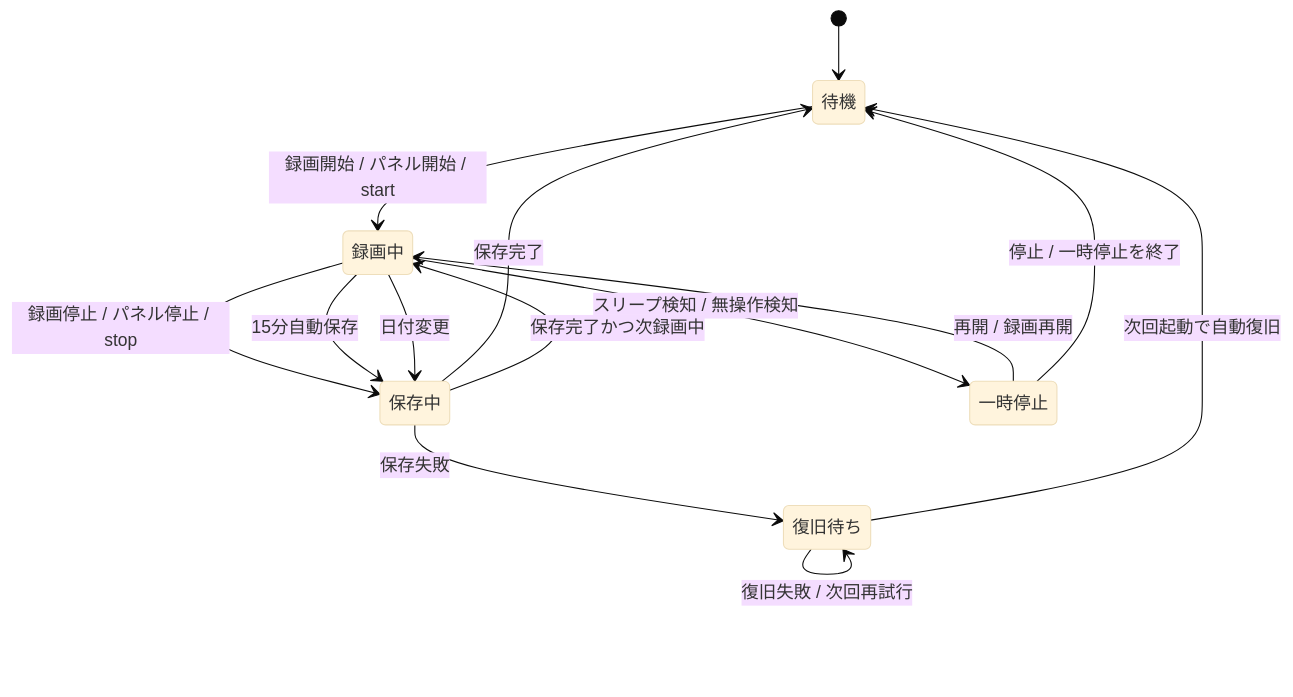
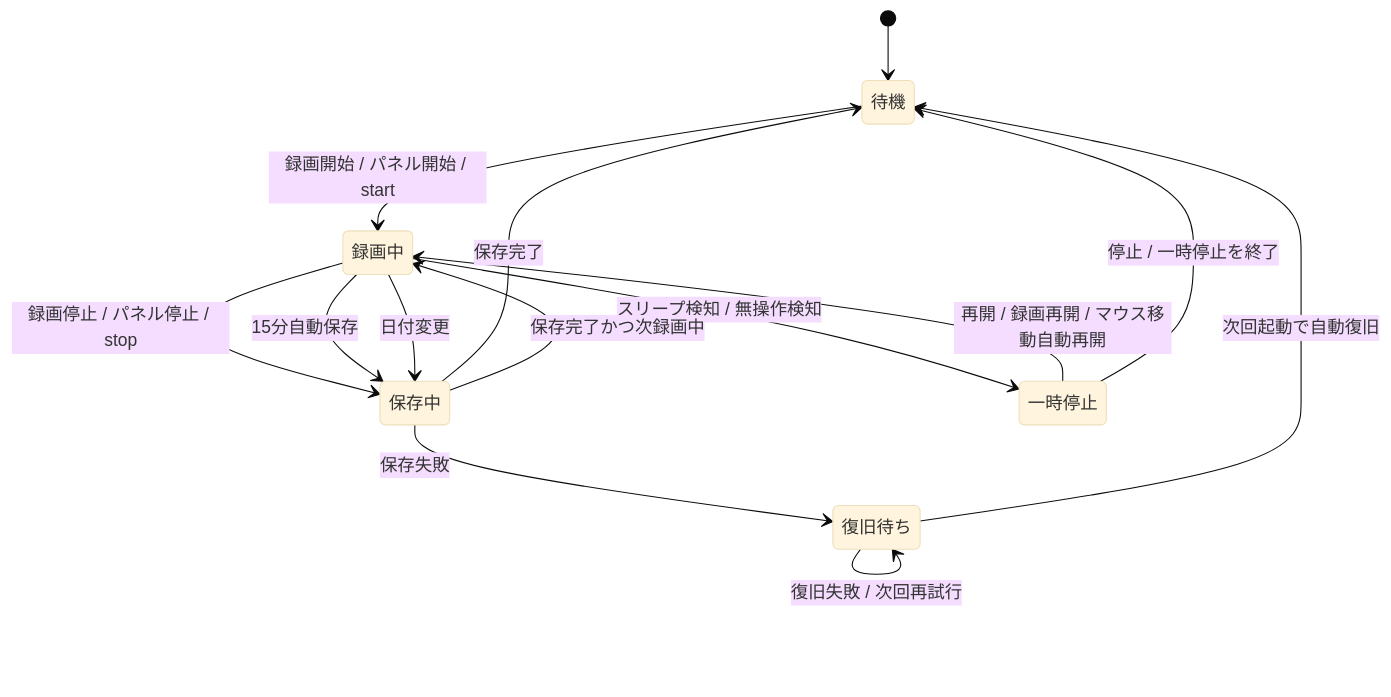
The diagram in README.md (Saisei2004/visdev_rec), drawn with Mermaid (base theme) before and after one commit. The commit also changed other lines of this file and 2 other files, not shown here.

````diff
--- a/README.md
+++ b/README.md
@@ -155,16 +165,16 @@
 ```mermaid
 stateDiagram-v2
     [*] --> 待機
     待機 --> 録画中: 録画開始 / パネル開始 / start
     録画中 --> 保存中: 録画停止 / パネル停止 / stop
     録画中 --> 保存中: 15分自動保存
     録画中 --> 保存中: 日付変更
     録画中 --> 一時停止: スリープ検知 / 無操作検知
-    一時停止 --> 録画中: 再開 / 録画再開
+    一時停止 --> 録画中: 再開 / 録画再開 / マウス移動自動再開
     一時停止 --> 待機: 停止 / 一時停止を終了
     保存中 --> 待機: 保存完了
     保存中 --> 録画中: 保存完了かつ次録画中
     保存中 --> 復旧待ち: 保存失敗
     復旧待ち --> 待機: 次回起動で自動復旧
     復旧待ち --> 復旧待ち: 復旧失敗 / 次回再試行
 ```
````
